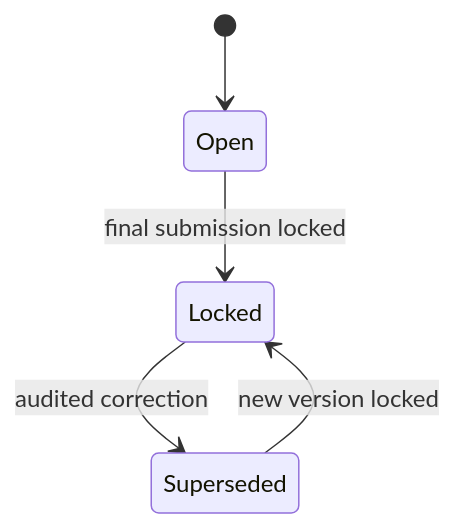
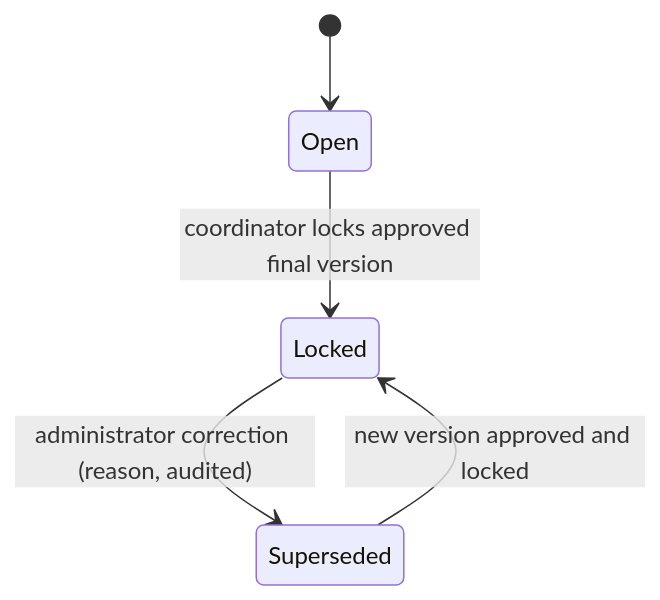
The diagram in docs/features/files-submissions.md (hydrafog/thesis-coordinator), drawn with Mermaid before and after one commit. The commit also changed other lines of this file and 96 other files, not shown here.

````diff
--- a/docs/features/files-submissions.md
+++ b/docs/features/files-submissions.md
@@ -7,7 +9,7 @@
 ```mermaid
 stateDiagram-v2
 	[*] --> Open
-	Open --> Locked : final submission locked
-	Locked --> Superseded : audited correction
-	Superseded --> Locked : new version locked
+	Open --> Locked : coordinator locks approved final version
+	Locked --> Superseded : administrator correction (reason, audited)
+	Superseded --> Locked : new version approved and locked
 ```
````
